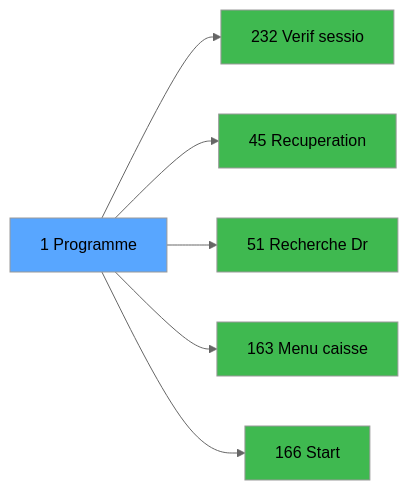
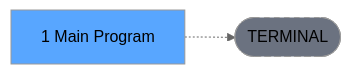
The third of 3 diagrams in .openspec/renders/ADH-IDE-1.md (thonyAGP/lecteur-magic), drawn with Mermaid (neutral theme) before and after one commit. The commit also changed other lines of this file and 701 other files, not shown here.

````diff
--- a/.openspec/renders/ADH-IDE-1.md
+++ b/.openspec/renders/ADH-IDE-1.md
@@ -141,20 +136,8 @@
 ```mermaid
 graph LR
-    T[1 Programme]
-    C232[232 Verif sessio]
-    T --> C232
-    C45[45 Recuperation]
-    T --> C45
-    C51[51 Recherche Dr]
-    T --> C51
-    C163[163 Menu caisse ]
-    T --> C163
-    C166[166 Start]
-    T --> C166
+    T[1 Main Program]
+    TERM([TERMINAL])
+    T -.-> TERM
+    style TERM fill:#6b7280,stroke-dasharray: 5 5
     style T fill:#58a6ff,color:#000
-    style C232 fill:#3fb950
-    style C45 fill:#3fb950
-    style C51 fill:#3fb950
-    style C163 fill:#3fb950
-    style C166 fill:#3fb950
 ```
````
